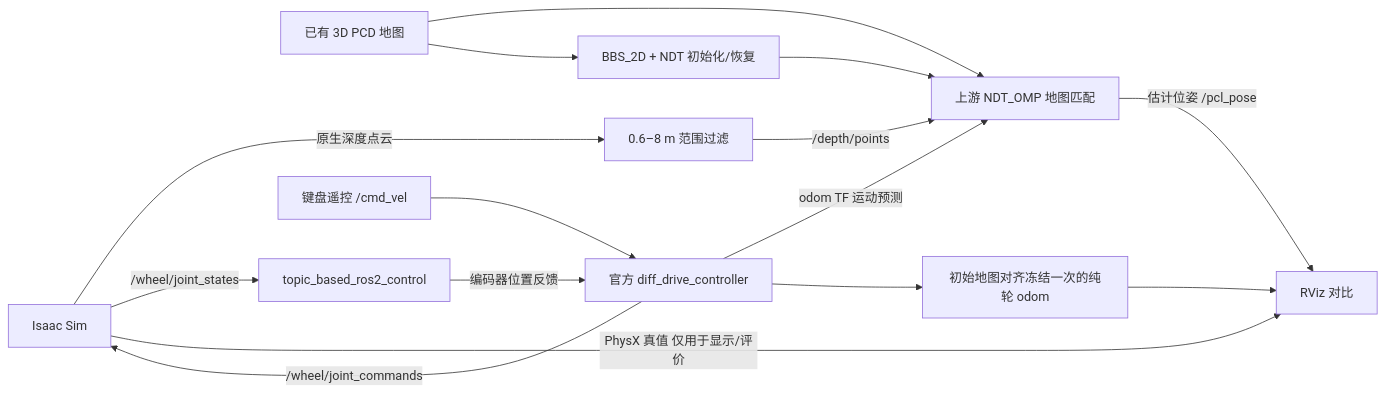
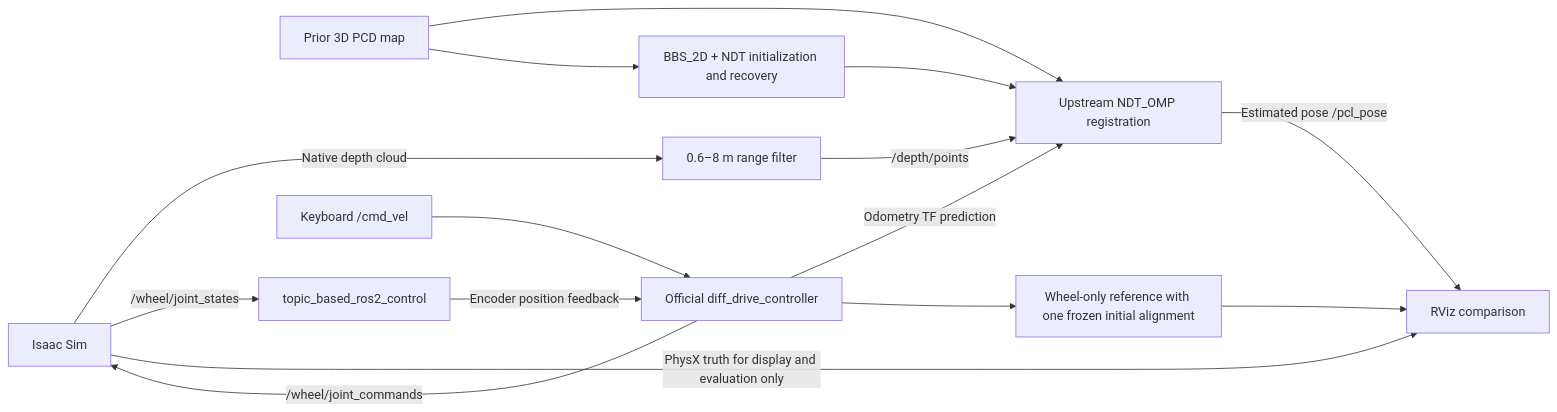
Before and after one commit to ICPROJECT2026/isaac-depth-localization: the diagram in README.md, drawn with Mermaid. The commit also changed other lines of this file and 1 other file, not shown here.

````diff
--- a/README.md
+++ b/README.md
@@ -47,17 +47,17 @@
 ```mermaid
 flowchart LR
-    SIM[Isaac Sim] -->|原生深度点云| RANGE[0.6–8 m 范围过滤]
-    RANGE -->|/depth/points| NDT[上游 NDT_OMP 地图匹配]
-    MAP[已有 3D PCD 地图] --> NDT
+    SIM[Isaac Sim] -->|Native depth cloud| RANGE[0.6–8 m range filter]
+    RANGE -->|/depth/points| NDT[Upstream NDT_OMP registration]
+    MAP[Prior 3D PCD map] --> NDT
     SIM -->|/wheel/joint_states| HW[topic_based_ros2_control]
-    KEY[键盘遥控 /cmd_vel] --> CTRL[官方 diff_drive_controller]
-    HW -->|编码器位置反馈| CTRL
+    KEY[Keyboard /cmd_vel] --> CTRL[Official diff_drive_controller]
+    HW -->|Encoder position feedback| CTRL
     CTRL -->|/wheel/joint_commands| SIM
-    CTRL -->|odom TF 运动预测| NDT
-    MAP --> GLOBAL[BBS_2D + NDT 初始化/恢复]
+    CTRL -->|Odometry TF prediction| NDT
+    MAP --> GLOBAL[BBS_2D + NDT initialization and recovery]
     GLOBAL --> NDT
-    NDT -->|估计位姿 /pcl_pose| RVIZ[RViz 对比]
-    CTRL --> BLUE[初始地图对齐冻结一次的纯轮 odom]
+    NDT -->|Estimated pose /pcl_pose| RVIZ[RViz comparison]
+    CTRL --> BLUE[Wheel-only reference with one frozen initial alignment]
     BLUE --> RVIZ
-    SIM -->|PhysX 真值 仅用于显示/评价| RVIZ
+    SIM -->|PhysX truth for display and evaluation only| RVIZ
 ```
````
